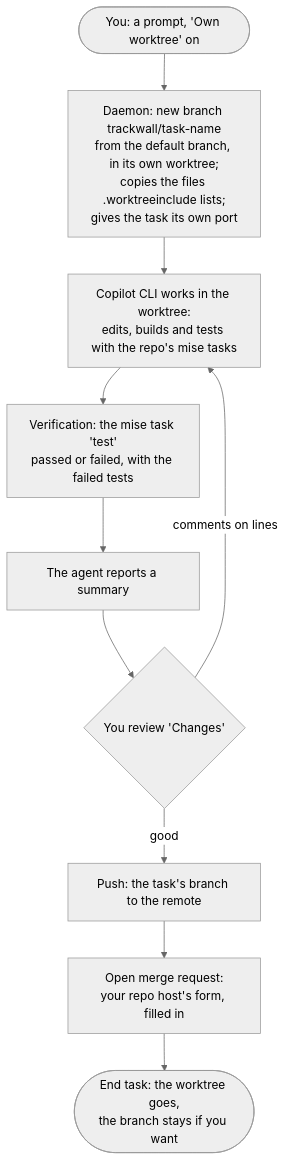
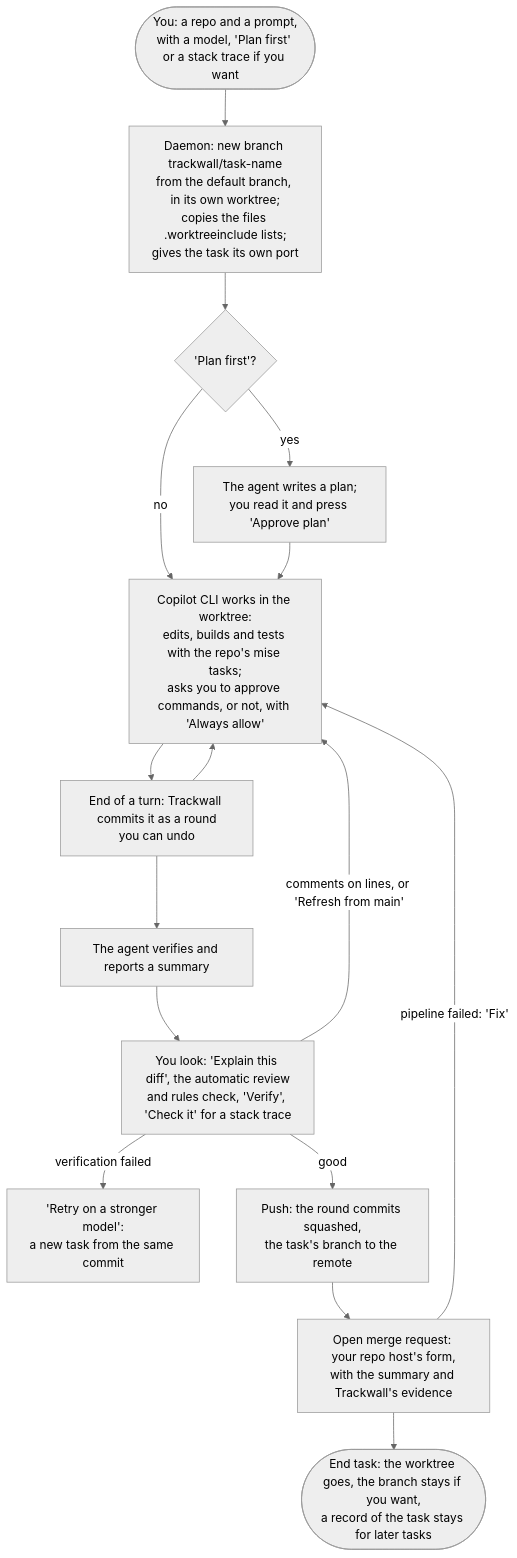
One commit to jakubprill/trackwall changed the third of 6 diagrams in apps/docs/guide/key-flows.md. Above: the diagram before and after it, drawn with Mermaid (neutral theme). The commit also changed other lines of this file, not shown here.

Commit message:
Show today's task lifecycle in the agent task flow of Key flows
The flow still showed a task as prompt, work, verify, push. It now has
Plan first, approvals with Always allow, rounds, Explain this diff and
the automatic review, Refresh from main, retry on a stronger model, the
merge request's evidence and Fix, and the record kept after End task,
each linked to the page that describes it.

Claude-Session: https://claude.ai/code/session_015Y9r9RoJtjxMCyvyRgBAeH

````diff
--- a/apps/docs/guide/key-flows.md
+++ b/apps/docs/guide/key-flows.md
@@ -52,12 +52,18 @@
 ```mermaid
 flowchart TB
-  start(["You: a prompt, 'Own worktree' on"]) --> wt["Daemon: new branch trackwall/task-name<br/>from the default branch, in its own worktree;<br/>copies the files .worktreeinclude lists;<br/>gives the task its own port"]
-  wt --> work["Copilot CLI works in the worktree:<br/>edits, builds and tests with the repo's mise tasks"]
-  work --> verify["Verification: the mise task 'test'<br/>passed or failed, with the failed tests"]
-  verify --> summary["The agent reports a summary"]
-  summary --> review{"You review 'Changes'"}
-  review -- "comments on lines" --> work
-  review -- "good" --> push["Push: the task's branch to the remote"]
-  push --> mr["Open merge request:<br/>your repo host's form, filled in"]
-  mr --> done(["End task: the worktree goes,<br/>the branch stays if you want"])
+  start(["You: a repo and a prompt,<br/>with a model, 'Plan first' or a stack trace if you want"]) --> wt["Daemon: new branch trackwall/task-name<br/>from the default branch, in its own worktree;<br/>copies the files .worktreeinclude lists;<br/>gives the task its own port"]
+  wt --> plan{"'Plan first'?"}
+  plan -- "yes" --> approve["The agent writes a plan;<br/>you read it and press 'Approve plan'"]
+  plan -- "no" --> work
+  approve --> work["Copilot CLI works in the worktree:<br/>edits, builds and tests with the repo's mise tasks;<br/>asks you to approve commands, or not, with 'Always allow'"]
+  work --> round["End of a turn: Trackwall commits it as a round<br/>you can undo"]
+  round --> work
+  round --> report["The agent verifies and reports a summary"]
+  report --> look["You look: 'Explain this diff', the automatic review<br/>and rules check, 'Verify', 'Check it' for a stack trace"]
+  look -- "comments on lines, or 'Refresh from main'" --> work
+  look -- "verification failed" --> retry["'Retry on a stronger model':<br/>a new task from the same commit"]
+  look -- "good" --> push["Push: the round commits squashed,<br/>the task's branch to the remote"]
+  push --> mr["Open merge request: your repo host's form,<br/>with the summary and Trackwall's evidence"]
+  mr -- "pipeline failed: 'Fix'" --> work
+  mr --> done(["End task: the worktree goes, the branch stays if you want,<br/>a record of the task stays for later tasks"])
 ```
````
